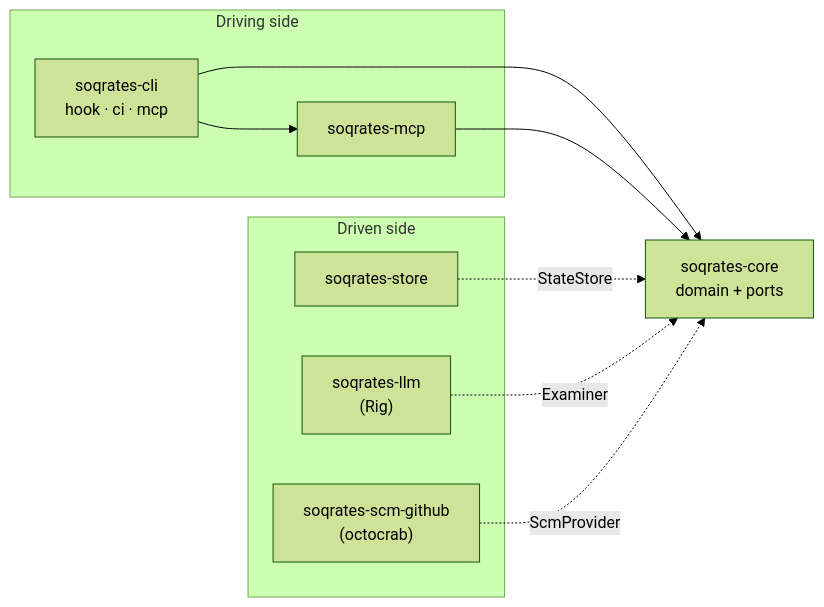
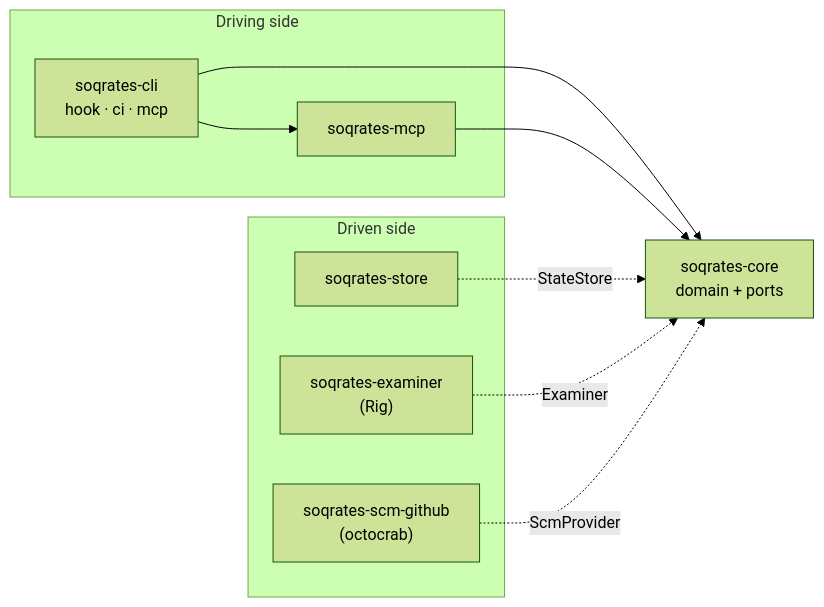
Before and after one commit to jvanbuel/soqrates: the second of 4 diagrams in docs/adr/0001-agent-framework-and-architecture.md, drawn with Mermaid (forest theme). The commit also changed other lines of this file and 8 other files, not shown here.

First line of the commit message:
Rename soqrates-llm to soqrates-examiner and clarify D3

````diff
--- a/docs/adr/0001-agent-framework-and-architecture.md
+++ b/docs/adr/0001-agent-framework-and-architecture.md
@@ -54,22 +54,22 @@
 ```mermaid
 flowchart LR
     subgraph drivers["Driving side"]
         cli["soqrates-cli<br/>hook · ci · mcp"]
         mcp["soqrates-mcp"]
     end
 
     core["soqrates-core<br/>domain + ports"]
 
     subgraph driven["Driven side"]
         store["soqrates-store"]
-        llm["soqrates-llm<br/>(Rig)"]
+        examiner["soqrates-examiner<br/>(Rig)"]
         gh["soqrates-scm-github<br/>(octocrab)"]
     end
 
     cli --> core
     cli --> mcp
     mcp --> core
     store -. StateStore .-> core
-    llm -. Examiner .-> core
+    examiner -. Examiner .-> core
     gh -. ScmProvider .-> core
 ```
````
